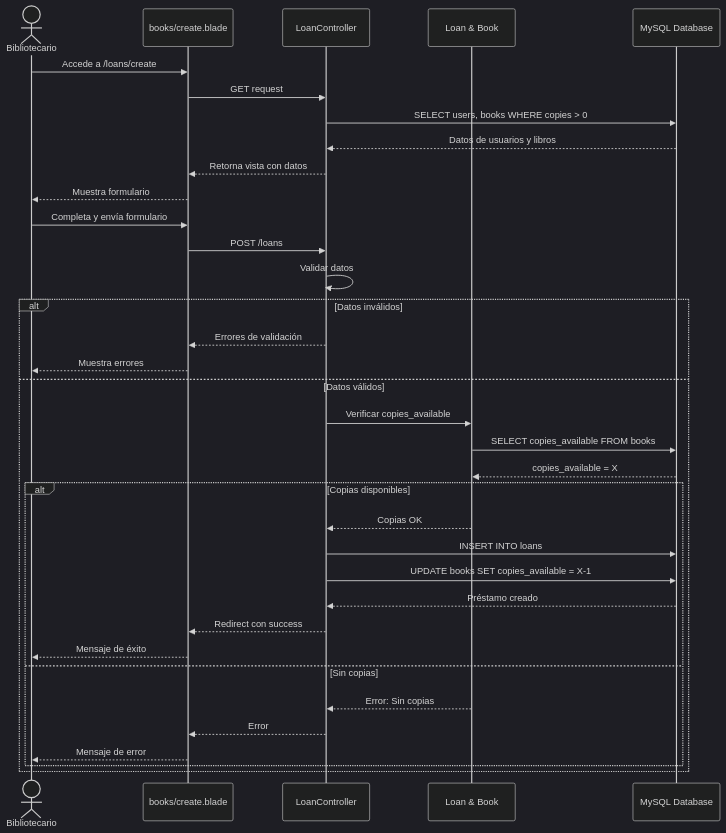
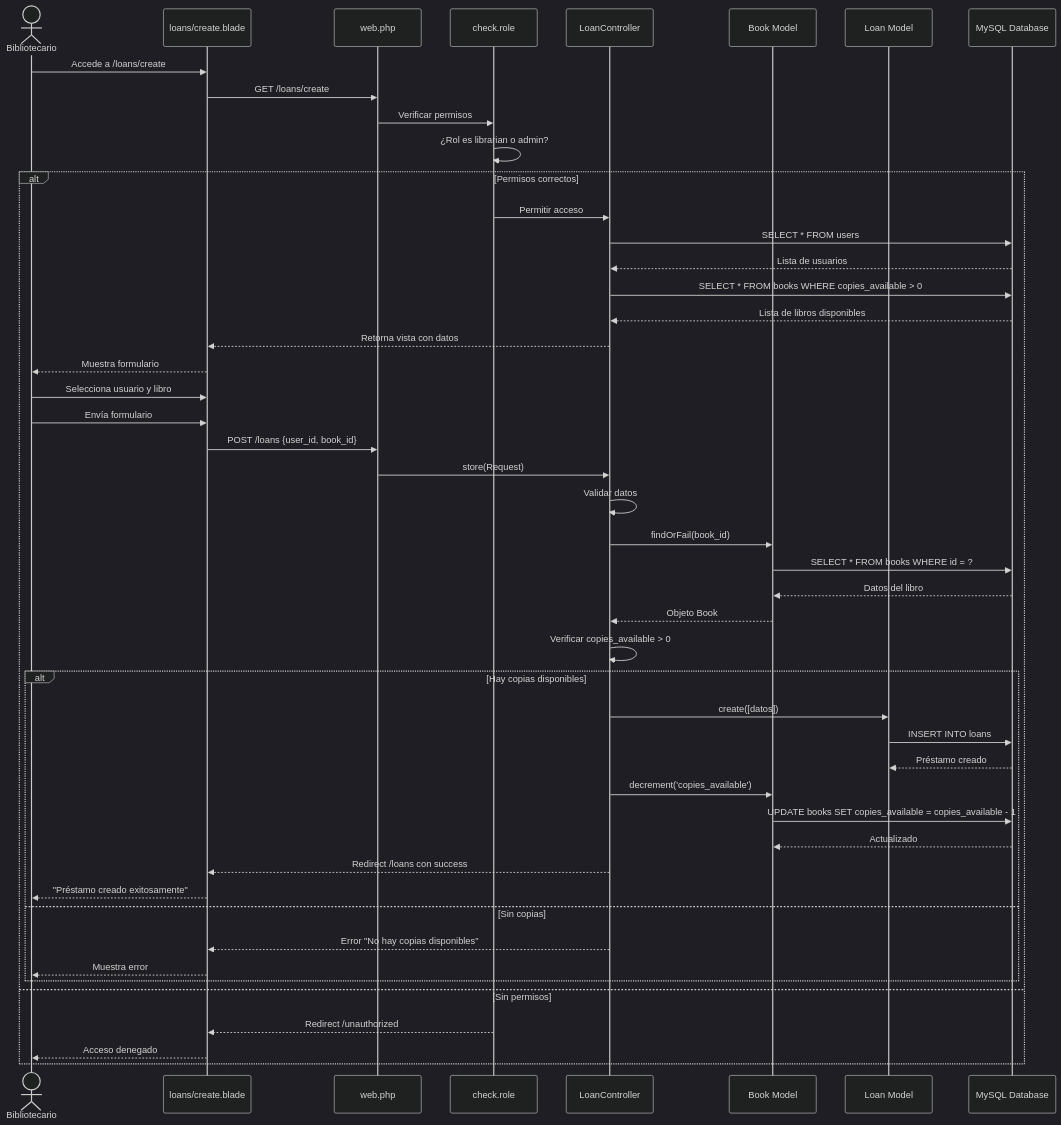
One commit to CristoferGuillen/BiblioTech changed the tenth of 15 diagrams in DIAGRAMAS.md. Above: the diagram before and after it, drawn with Mermaid (dark theme). The commit also changed other lines of this file, not shown here.

Commit message:
fix: corrige diagramas con información real y todo en español

````diff
--- a/DIAGRAMAS.md
+++ b/DIAGRAMAS.md
@@ -482,41 +514,56 @@
 ```mermaid
 sequenceDiagram
     actor Bibliotecario
-    participant Vista as books/create.blade
+    participant Vista as loans/create.blade
+    participant Routes as web.php
+    participant Middleware as check.role
     participant Controller as LoanController
-    participant Model as Loan & Book
+    participant BookModel as Book Model
+    participant LoanModel as Loan Model
     participant DB as MySQL Database
 
     Bibliotecario->>Vista: Accede a /loans/create
-    Vista->>Controller: GET request
-    Controller->>DB: SELECT users, books WHERE copies > 0
-    DB-->>Controller: Datos de usuarios y libros
-    Controller-->>Vista: Retorna vista con datos
-    Vista-->>Bibliotecario: Muestra formulario
-
-    Bibliotecario->>Vista: Completa y envía formulario
-    Vista->>Controller: POST /loans
-    Controller->>Controller: Validar datos
+    Vista->>Routes: GET /loans/create
+    Routes->>Middleware: Verificar permisos
+    Middleware->>Middleware: ¿Rol es librarian o admin?
     
-    alt Datos inválidos
-        Controller-->>Vista: Errores de validación
-        Vista-->>Bibliotecario: Muestra errores
-    else Datos válidos
-        Controller->>Model: Verificar copies_available
-        Model->>DB: SELECT copies_available FROM books
-        DB-->>Model: copies_available = X
+    alt Permisos correctos
+        Middleware->>Controller: Permitir acceso
+        Controller->>DB: SELECT * FROM users
+        DB-->>Controller: Lista de usuarios
+        Controller->>DB: SELECT * FROM books WHERE copies_available > 0
+        DB-->>Controller: Lista de libros disponibles
+        Controller-->>Vista: Retorna vista con datos
+        Vista-->>Bibliotecario: Muestra formulario
         
-        alt Copias disponibles
-            Model-->>Controller: Copias OK
-            Controller->>DB: INSERT INTO loans
-            Controller->>DB: UPDATE books SET copies_available = X-1
-            DB-->>Controller: Préstamo creado
-            Controller-->>Vista: Redirect con success
-            Vista-->>Bibliotecario: Mensaje de éxito
+        Bibliotecario->>Vista: Selecciona usuario y libro
+        Bibliotecario->>Vista: Envía formulario
+        Vista->>Routes: POST /loans {user_id, book_id}
+        Routes->>Controller: store(Request)
+        
+        Controller->>Controller: Validar datos
+        Controller->>BookModel: findOrFail(book_id)
+        BookModel->>DB: SELECT * FROM books WHERE id = ?
+        DB-->>BookModel: Datos del libro
+        BookModel-->>Controller: Objeto Book
+        
+        Controller->>Controller: Verificar copies_available > 0
+        
+        alt Hay copias disponibles
+            Controller->>LoanModel: create([datos])
+            LoanModel->>DB: INSERT INTO loans
+            DB-->>LoanModel: Préstamo creado
+            Controller->>BookModel: decrement('copies_available')
+            BookModel->>DB: UPDATE books SET copies_available = copies_available - 1
+            DB-->>BookModel: Actualizado
+            Controller-->>Vista: Redirect /loans con success
+            Vista-->>Bibliotecario: "Préstamo creado exitosamente"
         else Sin copias
-            Model-->>Controller: Error: Sin copias
-            Controller-->>Vista: Error
-            Vista-->>Bibliotecario: Mensaje de error
+            Controller-->>Vista: Error "No hay copias disponibles"
+            Vista-->>Bibliotecario: Muestra error
         end
+    else Sin permisos
+        Middleware-->>Vista: Redirect /unauthorized
+        Vista-->>Bibliotecario: Acceso denegado
     end
 ```
````
